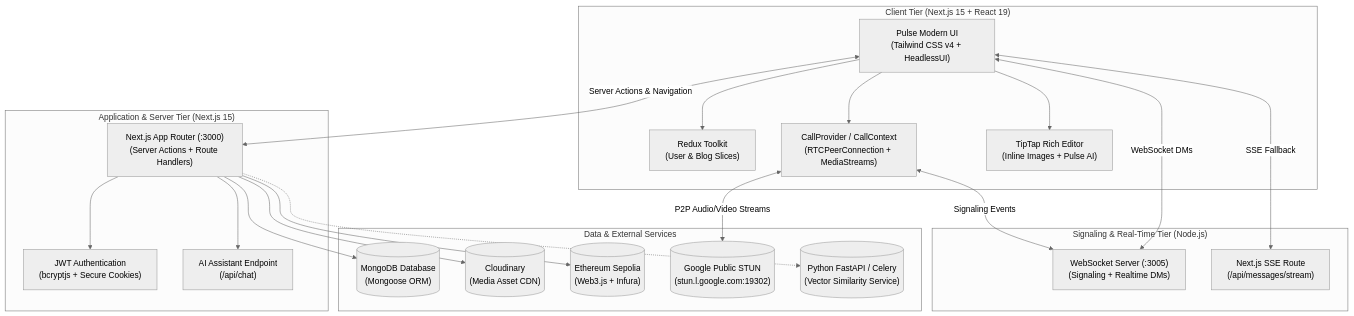
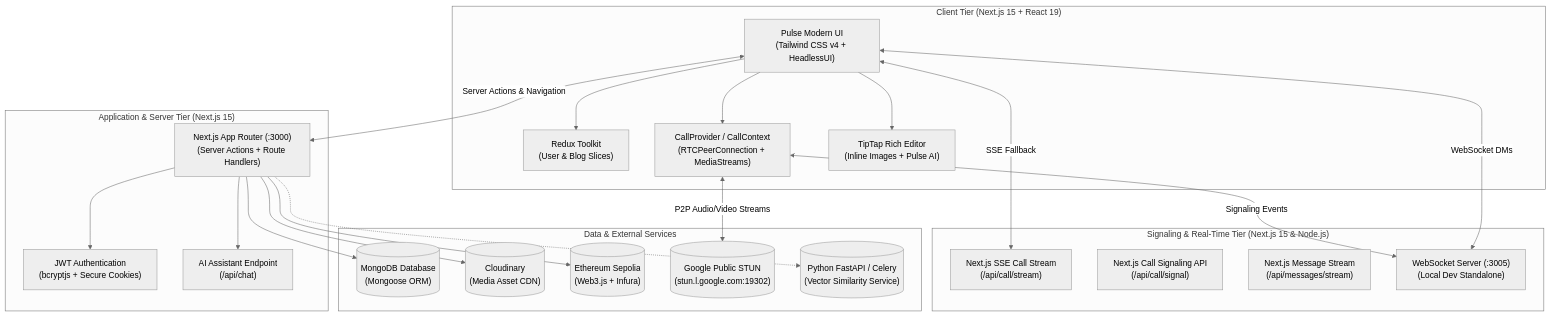
Before and after one commit to Saptarshie/Pulse: the first of 5 diagrams in README.md, drawn with Mermaid (neutral theme). The commit also changed 4 other files, not shown here.

Commit message:
fix(calling): enable universal cross-device WebRTC live calling via Next.js SSE stream and signaling API

````diff
--- a/README.md
+++ b/README.md
@@ -93,43 +93,45 @@
 ```mermaid
 graph TB
     subgraph Client ["Client Tier (Next.js 15 + React 19)"]
         UI["Pulse Modern UI<br/>(Tailwind CSS v4 + HeadlessUI)"]
         State["Redux Toolkit<br/>(User & Blog Slices)"]
         CallCtx["CallProvider / CallContext<br/>(RTCPeerConnection + MediaStreams)"]
         Editor["TipTap Rich Editor<br/>(Inline Images + Pulse AI)"]
     end
 
-    subgraph SignalingServer ["Signaling & Real-Time Tier (Node.js)"]
-        WSS["WebSocket Server (:3005)<br/>(Signaling + Realtime DMs)"]
-        SSE["Next.js SSE Route<br/>(/api/messages/stream)"]
+    subgraph SignalingServer ["Signaling & Real-Time Tier (Next.js 15 & Node.js)"]
+        SSE["Next.js SSE Call Stream<br/>(/api/call/stream)"]
+        SignalAPI["Next.js Call Signaling API<br/>(/api/call/signal)"]
+        MsgSSE["Next.js Message Stream<br/>(/api/messages/stream)"]
+        WSS["WebSocket Server (:3005)<br/>(Local Dev Standalone)"]
     end
 
     subgraph BackendApp ["Application & Server Tier (Next.js 15)"]
         NextServer["Next.js App Router (:3000)<br/>(Server Actions + Route Handlers)"]
         AuthMiddleware["JWT Authentication<br/>(bcryptjs + Secure Cookies)"]
         PulseAI["AI Assistant Endpoint<br/>(/api/chat)"]
     end
 
     subgraph External ["Data & External Services"]
         MongoDB[("MongoDB Database<br/>(Mongoose ORM)")]
         Cloudinary[("Cloudinary<br/>(Media Asset CDN)")]
         Ethereum[("Ethereum Sepolia<br/>(Web3.js + Infura)")]
         STUN[("Google Public STUN<br/>(stun.l.google.com:19302)")]
         FastAPIService[("Python FastAPI / Celery<br/>(Vector Similarity Service)")]
     end
 
     UI --> State
     UI --> CallCtx
     UI --> Editor
     CallCtx <-->|"Signaling Events"| WSS
     CallCtx <-->|"P2P Audio/Video Streams"| STUN
     UI <-->|"WebSocket DMs"| WSS
     UI <-->|"SSE Fallback"| SSE
     UI <-->|"Server Actions & Navigation"| NextServer
     NextServer --> AuthMiddleware
     NextServer --> PulseAI
     NextServer --> MongoDB
     NextServer --> Cloudinary
     NextServer --> Ethereum
     NextServer -.-> FastAPIService
 ```
````
